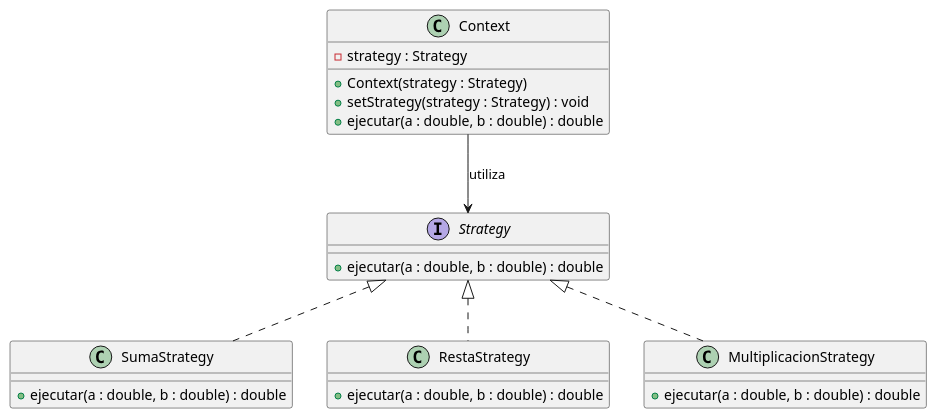
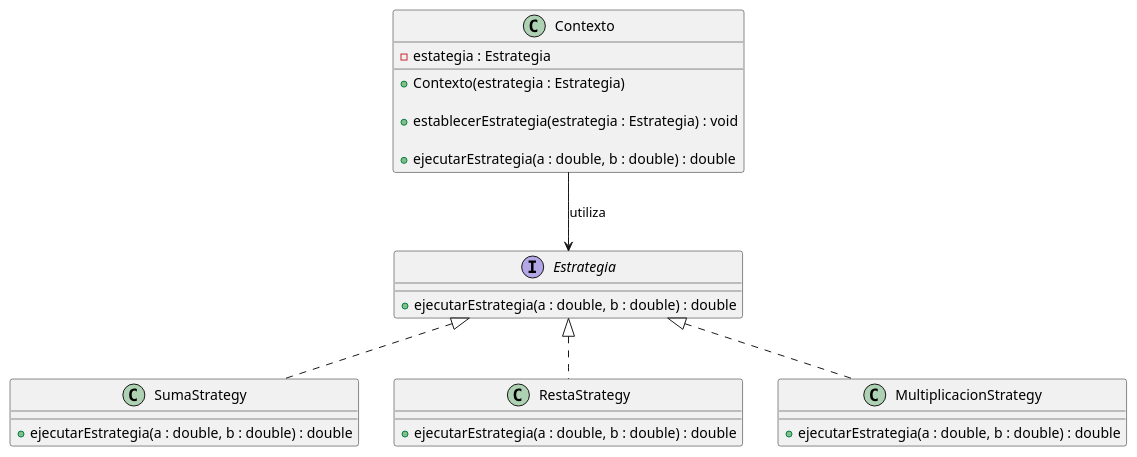
The diagram in patrones de diseño/uml/Strategy.puml (Santiag0159/Ing-Software), drawn with PlantUML before and after one commit. The commit also changed 7 other files, not shown here.

```diff
--- a/patrones de diseño/uml/Strategy.puml
+++ b/patrones de diseño/uml/Strategy.puml
@@ -1,44 +1,47 @@
 @startuml
 
 ' PATRON STRATEGY
 
 ' Interfaz que define el comportamiento comun de todas las estrategias.
-interface Strategy {
+interface Estrategia {
     ' Metodo que sera implementado por todas las estrategias concretas.
-    + ejecutar(a : double, b : double) : double
+    + ejecutarEstrategia(a : double, b : double) : double
 }
 
 ' Clase que utiliza la estrategia.
-class Context {
+class Contexto {
     ' Referencia a la estrategia seleccionada.
-    - strategy : Strategy
+    - estategia : Estrategia
+
     ' Constructor que recibe la estrategia a utilizar.
-    + Context(strategy : Strategy)
+    + Contexto(estrategia : Estrategia)
+
     ' Permite cambiar la estrategia en tiempo de ejecucion.
-    + setStrategy(strategy : Strategy) : void
+    + establecerEstrategia(estrategia : Estrategia) : void
+
     ' Ejecuta la operacion definida por la estrategia seleccionada.
-    + ejecutar(a : double, b : double) : double
+    + ejecutarEstrategia(a : double, b : double) : double
 }
 
 ' Estrategia concreta que suma.
 class SumaStrategy {
-    + ejecutar(a : double, b : double) : double
+    + ejecutarEstrategia(a : double, b : double) : double
 }
 ' Estrategia concreta que resta.
 class RestaStrategy {
-    + ejecutar(a : double, b : double) : double
+    + ejecutarEstrategia(a : double, b : double) : double
 }
 ' Estrategia concreta que multiplica.
 class MultiplicacionStrategy {
-    + ejecutar(a : double, b : double) : double
+    + ejecutarEstrategia(a : double, b : double) : double
 }
 
 ' Las estrategias concretas implementan la interfaz Strategy.
-Strategy <|.. SumaStrategy
-Strategy <|.. RestaStrategy
-Strategy <|.. MultiplicacionStrategy
+Estrategia <|.. SumaStrategy
+Estrategia <|.. RestaStrategy
+Estrategia <|.. MultiplicacionStrategy
 
 ' El contexto utiliza una estrategia.
-Context --> Strategy : utiliza
+Contexto --> Estrategia : utiliza
 
 @enduml
```
